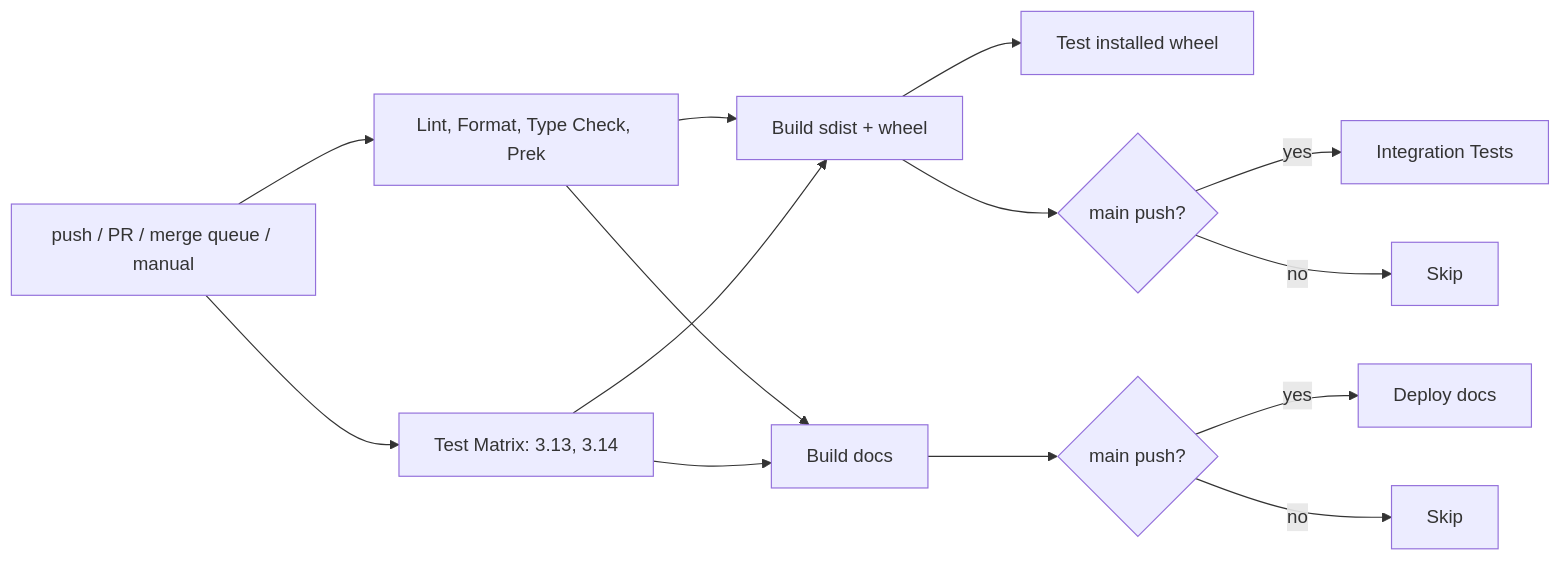
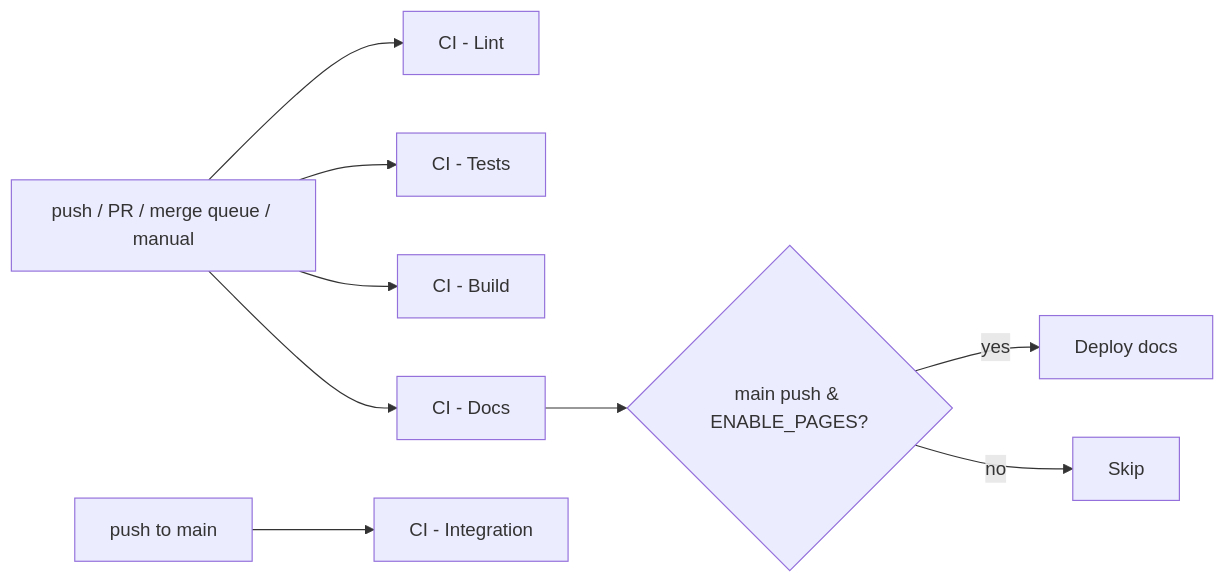
Before and after one commit to cetincurio/linkedin-job-scraper: the first of 3 diagrams in docs/dev/ci-cd.md, drawn with Mermaid. The commit also changed other lines of this file and 49 other files, not shown here.

````diff
--- a/docs/dev/ci-cd.md
+++ b/docs/dev/ci-cd.md
@@ -37,16 +37,11 @@
 ```mermaid
 flowchart LR
-  A[push / PR / merge queue / manual] --> B[Lint, Format, Type Check, Prek]
-  A --> C[Test Matrix: 3.13, 3.14]
-  B --> D[Build sdist + wheel]
-  C --> D
-  D --> E[Test installed wheel]
-  B --> F[Build docs]
-  C --> F
-  F --> G{main push?}
+  A[push / PR / merge queue / manual] --> L[CI - Lint]
+  A --> T[CI - Tests]
+  A --> B[CI - Build]
+  A --> D[CI - Docs]
+  M[push to main] --> I[CI - Integration]
+  D --> G{main push & ENABLE_PAGES?}
   G -- yes --> H[Deploy docs]
-  G -- no --> I[Skip]
-  D --> J{main push?}
-  J -- yes --> K[Integration Tests]
-  J -- no --> L[Skip]
+  G -- no --> S[Skip]
 ```
````
